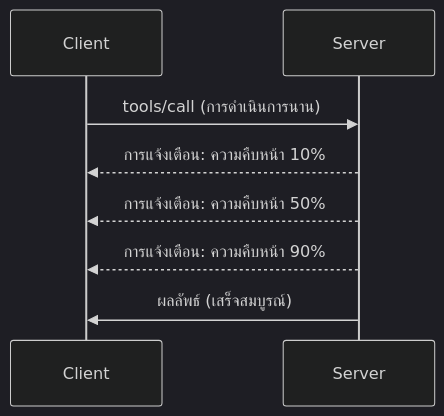
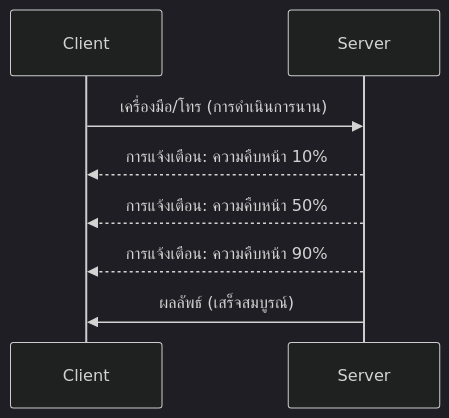
Before and after one commit to HIDORAKAI002/ai-workspace-archive: the diagram in mcp_ecosystem__model_context_protocol/mcp_learning_resources/mcp-for-beginners/translations/th/05-AdvancedTopics/mcp-protocol-features/README.md, drawn with Mermaid (dark theme). The commit also changed other lines of this file and 1046 other files, not shown here.

````diff
--- a/mcp_ecosystem__model_context_protocol/mcp_learning_resources/mcp-for-beginners/translations/th/05-AdvancedTopics/mcp-protocol-features/README.md
+++ b/mcp_ecosystem__model_context_protocol/mcp_learning_resources/mcp-for-beginners/translations/th/05-AdvancedTopics/mcp-protocol-features/README.md
@@ -22,11 +24,11 @@
 ```mermaid
 sequenceDiagram
     participant Client
     participant Server
     
-    Client->>Server: tools/call (การดำเนินการนาน)
+    Client->>Server: เครื่องมือ/โทร (การดำเนินการนาน)
     Server-->>Client: การแจ้งเตือน: ความคืบหน้า 10%
     Server-->>Client: การแจ้งเตือน: ความคืบหน้า 50%
     Server-->>Client: การแจ้งเตือน: ความคืบหน้า 90%
     Server->>Client: ผลลัพธ์ (เสร็จสมบูรณ์)
 ```
````
